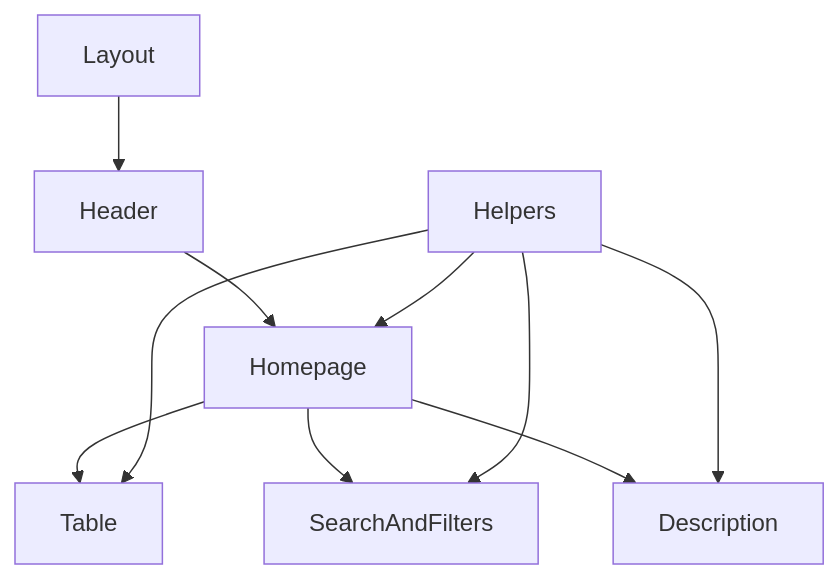
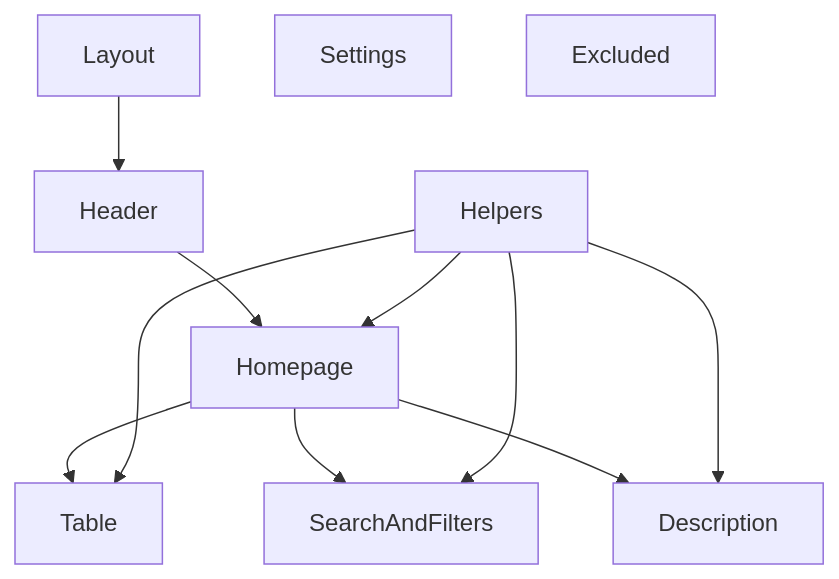
One commit to Vellethe/LIA changed the first of 2 diagrams in README.md. Above: the diagram before and after it, drawn with Mermaid.

````diff
--- a/README.md
+++ b/README.md
@@ -37,22 +37,24 @@
 ```mermaid
 flowchart TD;
 
 A[Homepage]
 B[Table]
 C[SearchAndFilters]
 D[Description]
 E[Helpers]
 F[Header]
 G[Layout]
+M[Settings]
+N[Excluded]
 
 
 G --> F
 F --> A
 A --> B
 A --> C
 A --> D
 E --> A
 E --> B
 E --> C
 E --> D
 ```
````
